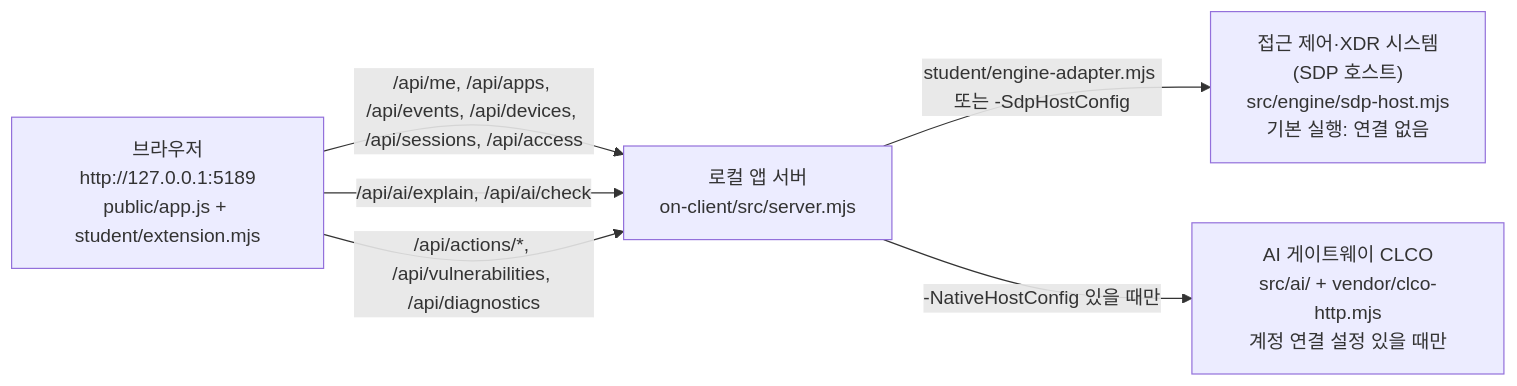
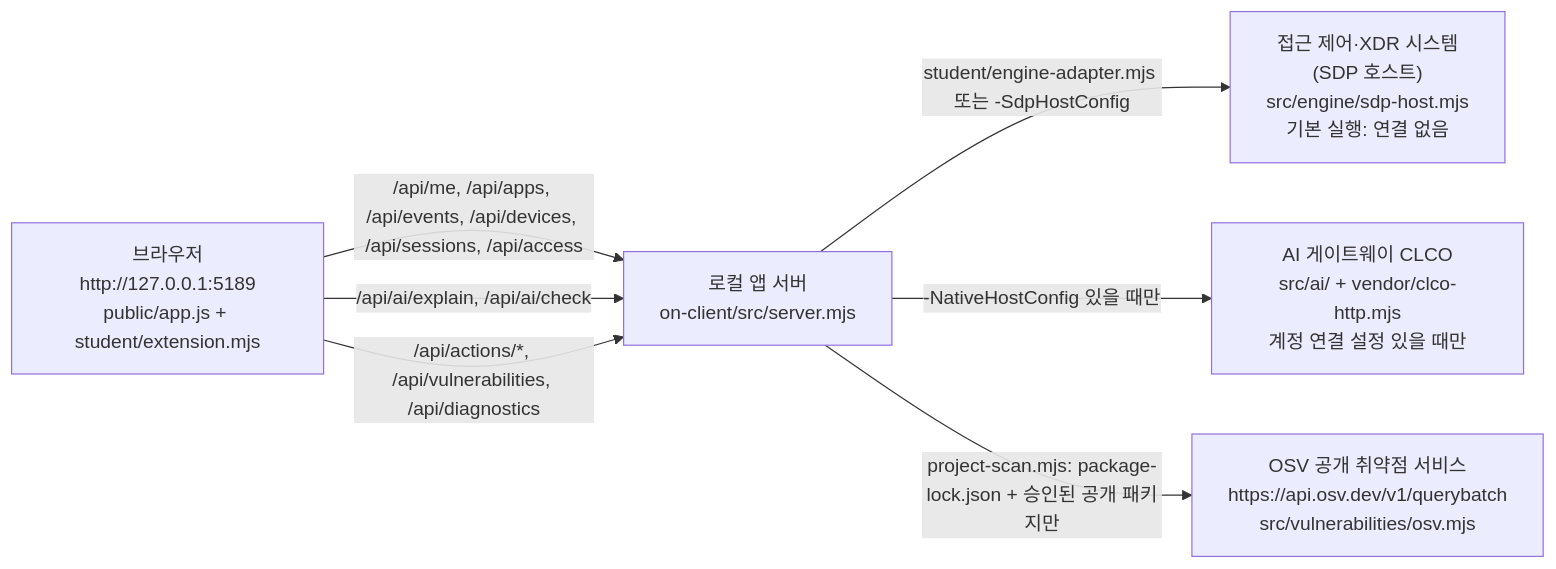
One commit to nb02079-ai/choi-bujang-vault changed the diagram in on-client/docs/STUDENT_RUNBOOK.md. Above: the diagram before and after it, drawn with Mermaid. The commit also changed other lines of this file, not shown here.

First line of the commit message:
21단계: 설명서의 제공/학생 경계를 manifest 기준으로 바로잡고 구성도에 OSV 흐름 추가

````diff
--- a/on-client/docs/STUDENT_RUNBOOK.md
+++ b/on-client/docs/STUDENT_RUNBOOK.md
@@ -90,12 +92,14 @@
 ```mermaid
 flowchart LR
   B["브라우저<br/>http://127.0.0.1:5189<br/>public/app.js + student/extension.mjs"]
   S["로컬 앱 서버<br/>on-client/src/server.mjs"]
   E["접근 제어·XDR 시스템<br/>(SDP 호스트)<br/>src/engine/sdp-host.mjs<br/>기본 실행: 연결 없음"]
   A["AI 게이트웨이 CLCO<br/>src/ai/ + vendor/clco-http.mjs<br/>계정 연결 설정 있을 때만"]
+  O["OSV 공개 취약점 서비스<br/>https://api.osv.dev/v1/querybatch<br/>src/vulnerabilities/osv.mjs"]
   B -->|"/api/me, /api/apps, /api/events, /api/devices, /api/sessions, /api/access"| S
   B -->|"/api/ai/explain, /api/ai/check"| S
   B -->|"/api/actions/*, /api/vulnerabilities, /api/diagnostics"| S
   S -->|"student/engine-adapter.mjs 또는 -SdpHostConfig"| E
   S -->|"-NativeHostConfig 있을 때만"| A
+  S -->|"project-scan.mjs: package-lock.json + 승인된 공개 패키지만"| O
 ```
````
